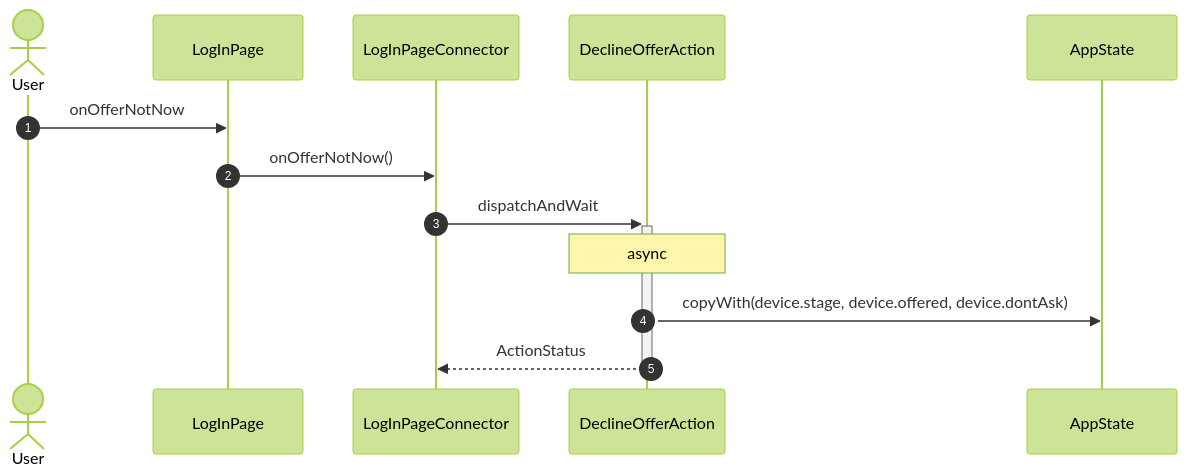
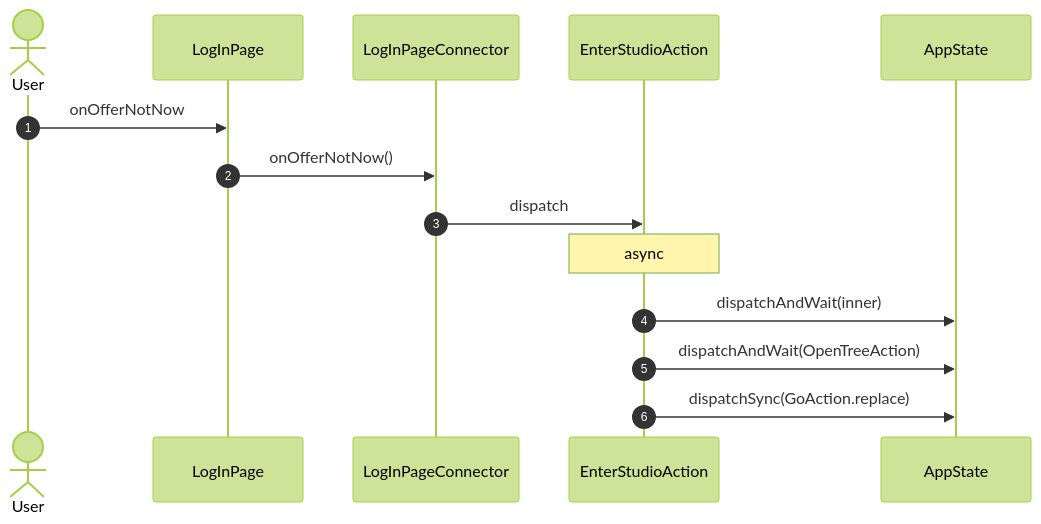
One commit to gencto/wyrm changed diagram 14 of 19 in studio/docs/flows/logIn.md. Above: the diagram before and after it, drawn with Mermaid (forest theme). The commit also changed other lines of this file and 90 other files, not shown here.

First line of the commit message:
studio: log-in: typed values, words in ui, one action per intent

````diff
--- a/studio/docs/flows/logIn.md
+++ b/studio/docs/flows/logIn.md
@@ -178,16 +272,17 @@
 ```mermaid
 sequenceDiagram
     autonumber
     actor User
     participant UI as LogInPage
     participant VM as LogInPageConnector
-    participant A1 as DeclineOfferAction
+    participant A1 as EnterStudioAction
     participant ST as AppState
 
     User->>UI: onOfferNotNow
     UI->>VM: onOfferNotNow()
-    VM->>+A1: dispatchAndWait
+    VM->>A1: dispatch
     Note over A1: async
-    A1->>ST: copyWith(device.stage, device.offered, device.dontAsk)
-    A1-->>-VM: ActionStatus
+    A1->>ST: dispatchAndWait(inner)
+    A1->>ST: dispatchAndWait(OpenTreeAction)
+    A1->>ST: dispatchSync(GoAction.replace)
 ```
````
